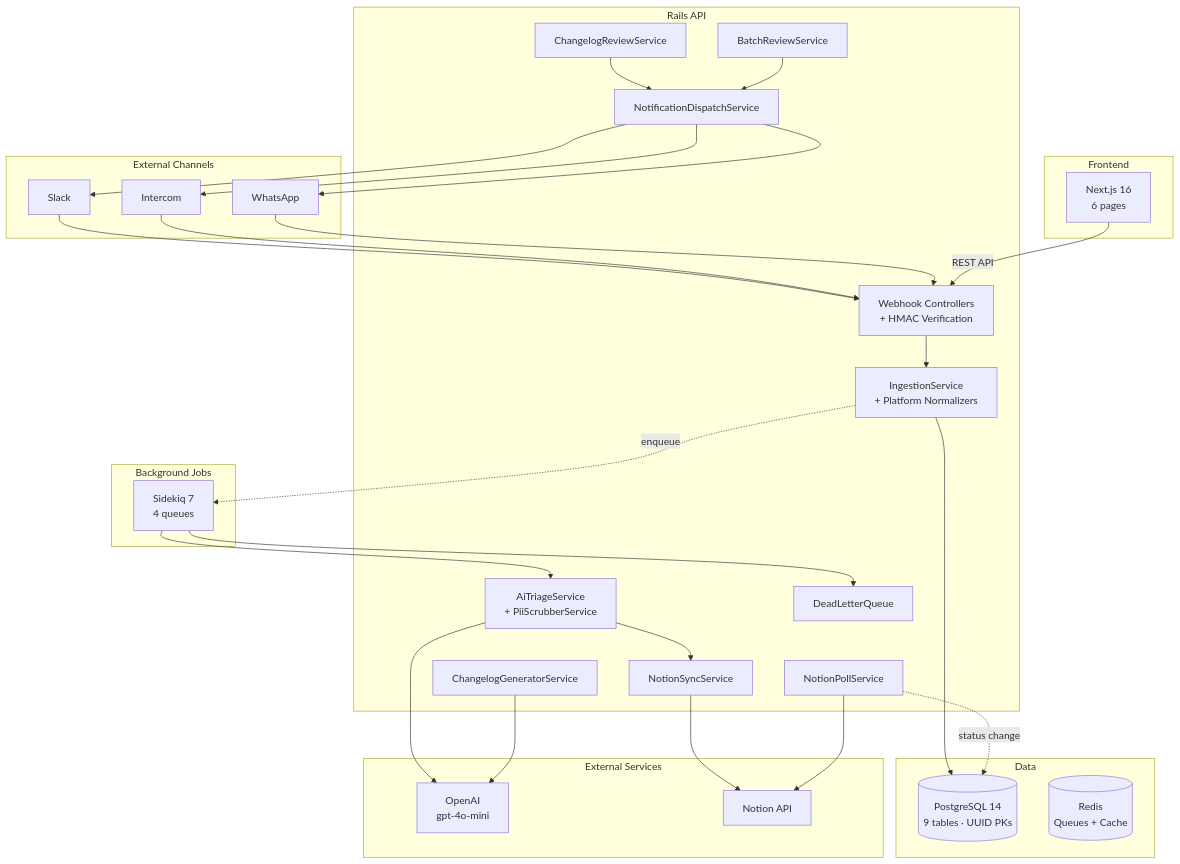
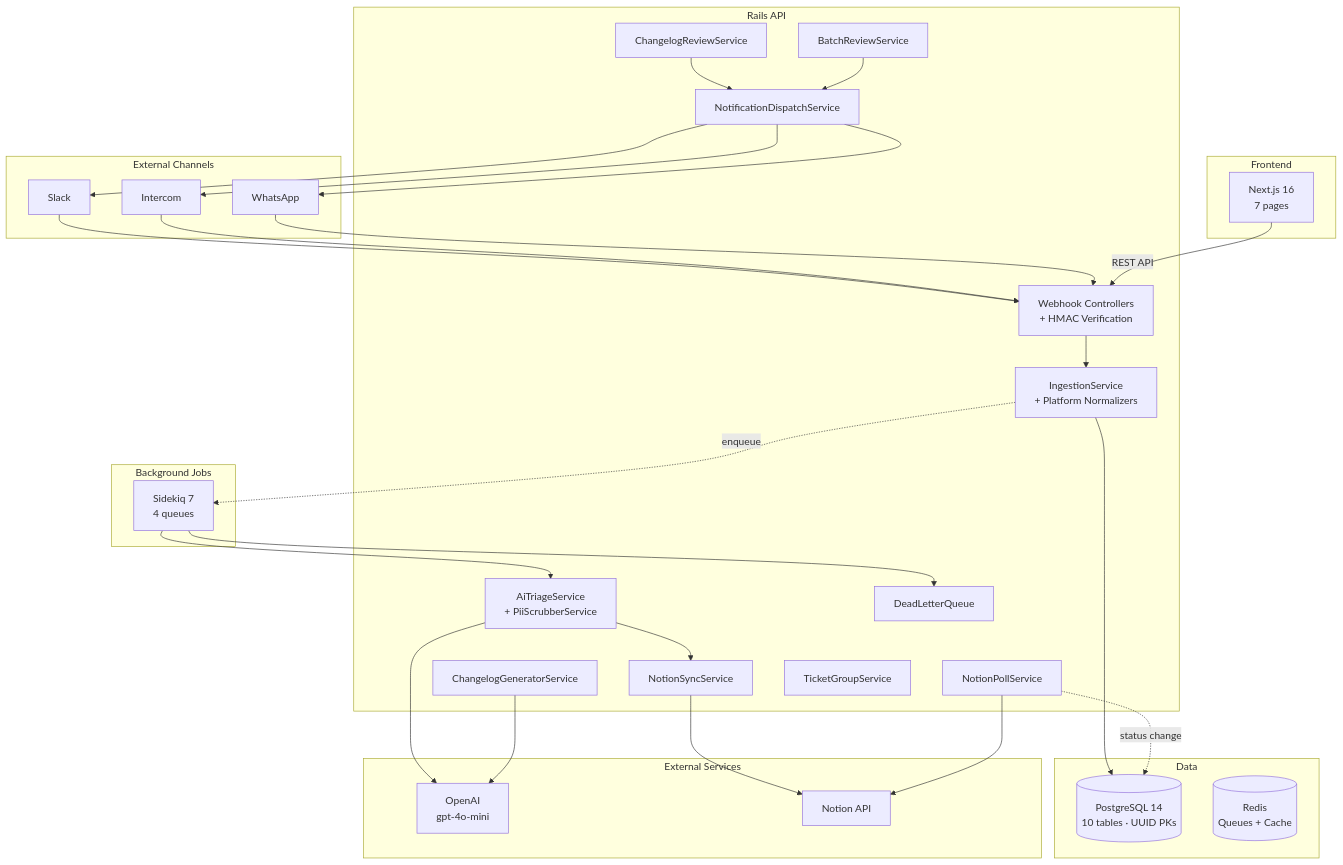
One commit to abouhid2/feedback-hub changed the first of 4 diagrams in README.md. Above: the diagram before and after it, drawn with Mermaid. The commit also changed other lines of this file and 11 other files, not shown here.

````diff
--- a/README.md
+++ b/README.md
@@ -97,60 +98,61 @@
 ```mermaid
 graph TB
     subgraph External Channels
         SL[Slack]
         IC[Intercom]
         WA[WhatsApp]
     end
 
     subgraph Rails API
         WH[Webhook Controllers<br/>+ HMAC Verification]
         IS[IngestionService<br/>+ Platform Normalizers]
         AI[AiTriageService<br/>+ PiiScrubberService]
         NS[NotionSyncService]
         NP[NotionPollService]
         CG[ChangelogGeneratorService]
         CR[ChangelogReviewService]
         ND[NotificationDispatchService]
         BR[BatchReviewService]
+        TG[TicketGroupService]
         DLQ[DeadLetterQueue]
     end
 
     subgraph Background Jobs
         SK[Sidekiq 7<br/>4 queues]
     end
 
     subgraph Data
-        PG[(PostgreSQL 14<br/>9 tables · UUID PKs)]
+        PG[(PostgreSQL 14<br/>10 tables · UUID PKs)]
         RD[(Redis<br/>Queues + Cache)]
     end
 
     subgraph External Services
         OAI[OpenAI<br/>gpt-4o-mini]
         NOT[Notion API]
     end
 
     subgraph Frontend
-        NX[Next.js 16<br/>6 pages]
+        NX[Next.js 16<br/>7 pages]
     end
 
     SL --> WH
     IC --> WH
     WA --> WH
     WH --> IS
     IS --> PG
     IS -.->|enqueue| SK
     SK --> AI
     AI --> OAI
     AI --> NS
     NS --> NOT
     NP --> NOT
     NP -.->|status change| PG
     CG --> OAI
     CR --> ND
     ND --> SL
     ND --> IC
     ND --> WA
     BR --> ND
     SK --> DLQ
     NX --> |REST API| WH
 ```
````
